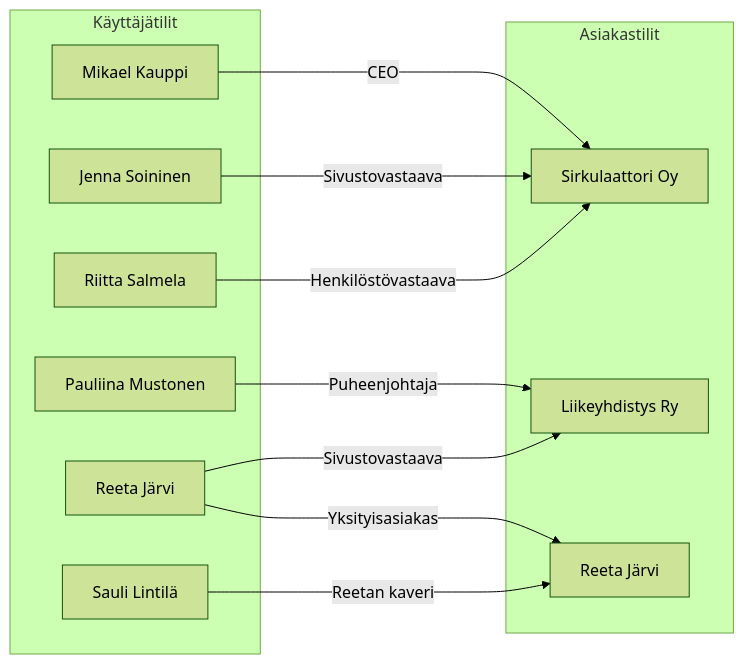
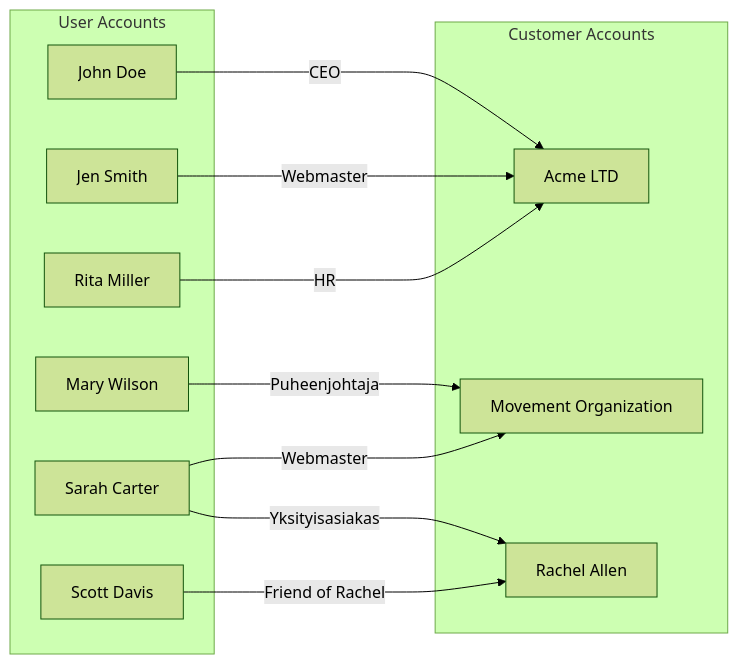
One commit to bittivirta/docs changed the diagram in i18n/en/docusaurus-plugin-content-docs/current/client-area/README.mdx. Above: the diagram before and after it, drawn with Mermaid (forest theme). The commit also changed other lines of this file and 97 other files, not shown here.

````diff
--- a/i18n/en/docusaurus-plugin-content-docs/current/client-area/README.mdx
+++ b/i18n/en/docusaurus-plugin-content-docs/current/client-area/README.mdx
@@ -9,23 +9,23 @@
 ```mermaid
 flowchart LR
-   mikaelk["Mikael Kauppi"] -->|"CEO"| sirkulaattori["Sirkulaattori Oy"]
-   jennas["Jenna Soininen"] -->|"Sivustovastaava"| sirkulaattori
-   riittas["Riitta Salmela"] -->|"Henkilöstövastaava"| sirkulaattori
-   pauliinam["Pauliina Mustonen"] -->|"Puheenjohtaja"| liikeyhdistys["Liikeyhdistys Ry"]
-   reetaj["Reeta Järvi"] -->|"Sivustovastaava"| liikeyhdistys
-   reetaj --->|"Yksityisasiakas"| reeta["Reeta Järvi"]
-   saulil["Sauli Lintilä"] --->|"Reetan kaveri"| reeta
-   subgraph asiakastilit["Asiakastilit"]
-      sirkulaattori
-      reeta
-      liikeyhdistys
+   john["John Doe"] -->|"CEO"| acme["Acme LTD"]
+   jen["Jen Smith"] -->|"Webmaster"| acme
+   rita["Rita Miller"] -->|"HR"| acme
+   mary["Mary Wilson"] -->|"Puheenjohtaja"| movement["Movement Organization"]
+   sarah["Sarah Carter"] -->|"Webmaster"| movement
+   sarah --->|"Yksityisasiakas"| rachel["Rachel Allen"]
+   scott["Scott Davis"] --->|"Friend of Rachel"| rachel
+   subgraph customers["Customer Accounts"]
+      acme
+      rachel
+      movement
    end
-   subgraph kayttajatilit["Käyttäjätilit"]
-      reetaj
-      saulil
-      pauliinam
-      jennas
-      riittas
-      mikaelk
+   subgraph users["User Accounts"]
+      sarah
+      scott
+      mary
+      jen
+      rita
+      john
    end
 ```
````
